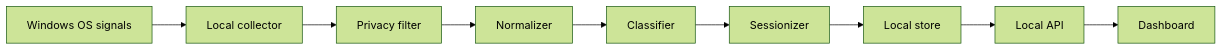
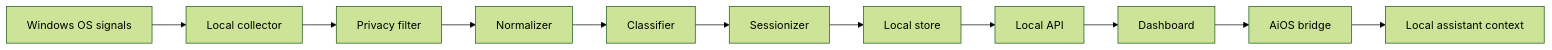
Before and after one commit to AnuranjanJain/what-do-you-do: the diagram in projects/real-data-pipeline.md, drawn with Mermaid (forest theme). The commit also changed other lines of this file and 5 other files, not shown here.

Commit message:
feat: add local aios bridge

````diff
--- a/projects/real-data-pipeline.md
+++ b/projects/real-data-pipeline.md
@@ -7,11 +7,13 @@
 ```mermaid
 flowchart LR
     A["Windows OS signals"] --> B["Local collector"]
     B --> C["Privacy filter"]
     C --> D["Normalizer"]
     D --> E["Classifier"]
     E --> F["Sessionizer"]
     F --> G["Local store"]
     G --> H["Local API"]
     H --> I["Dashboard"]
+    I --> J["AiOS bridge"]
+    J --> K["Local assistant context"]
 ```
````
